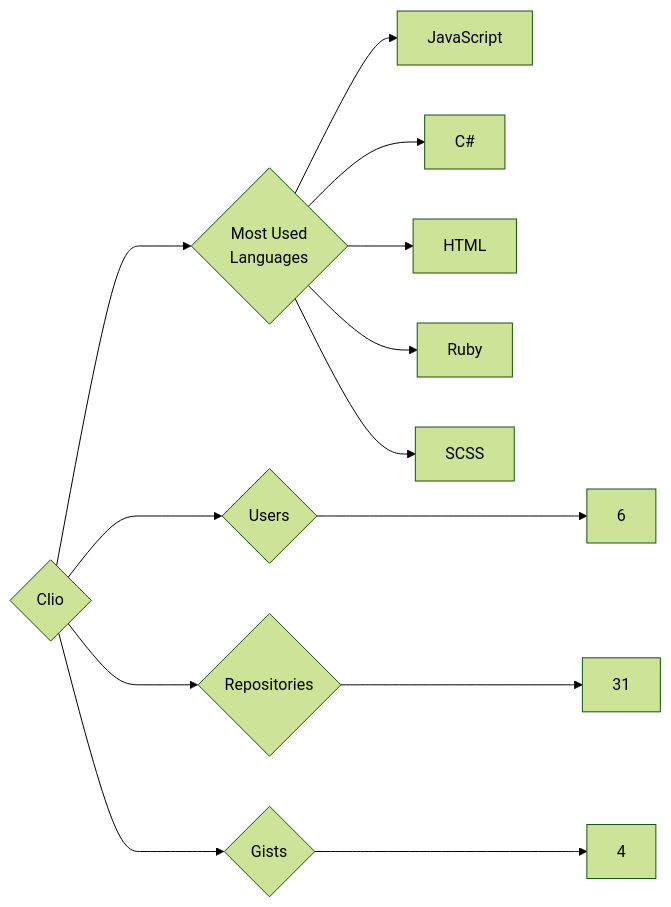
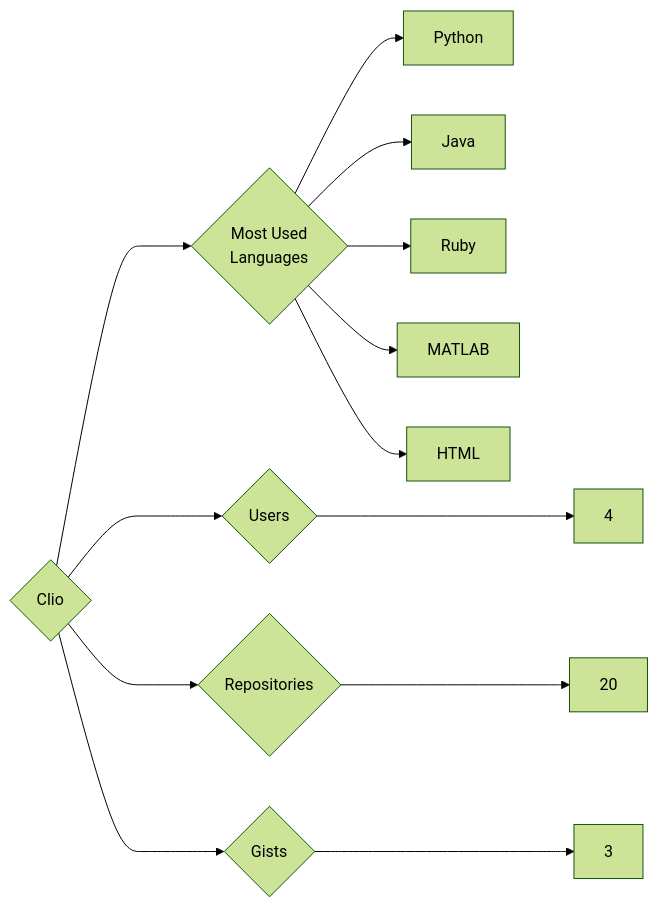
The diagram in targets/Clio/README.md (trickest/insiders), drawn with Mermaid (forest theme) before and after one commit. The commit also changed 1092 other files, not shown here.

````diff
--- a/targets/Clio/README.md
+++ b/targets/Clio/README.md
@@ -3,13 +3,13 @@
 ```mermaid
 graph LR
 COMPANY_NAME{Clio}
-COMPANY_NAME ---> U{Users} ---> UN[6]
-COMPANY_NAME ---> R{Repositories} ---> RN[31]
-COMPANY_NAME ---> G{Gists} ---> GN[4]
+COMPANY_NAME ---> U{Users} ---> UN[4]
+COMPANY_NAME ---> R{Repositories} ---> RN[20]
+COMPANY_NAME ---> G{Gists} ---> GN[3]
 COMPANY_NAME ---> ML{Most Used<br>Languages}
-ML --> JavaScript[JavaScript]
-ML --> C#[C#]
+ML --> Python[Python]
+ML --> Java[Java]
+ML --> Ruby[Ruby]
+ML --> MATLAB[MATLAB]
 ML --> HTML[HTML]
-ML --> Ruby[Ruby]
-ML --> SCSS[SCSS]
 ```
````
